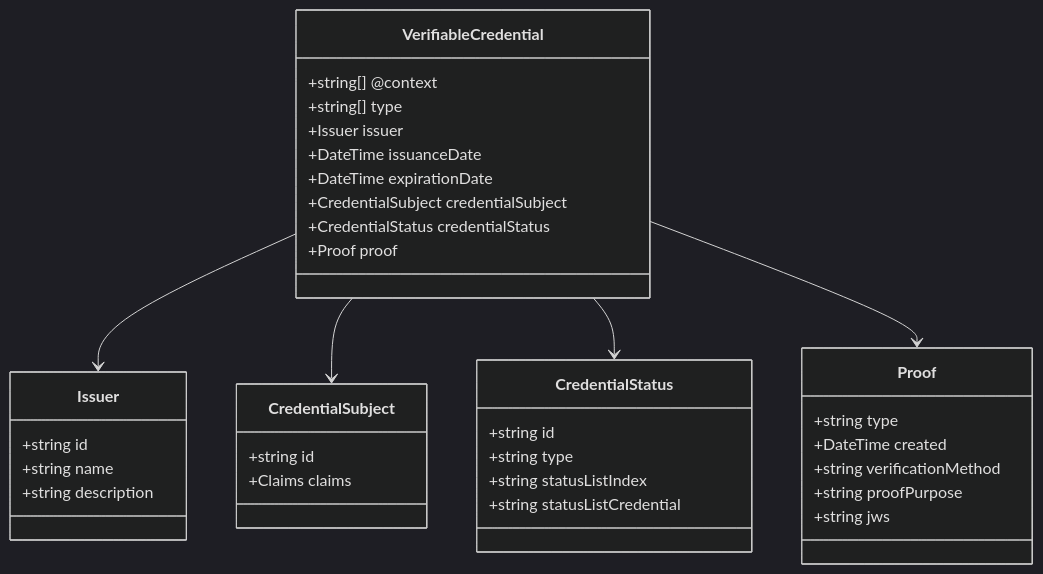
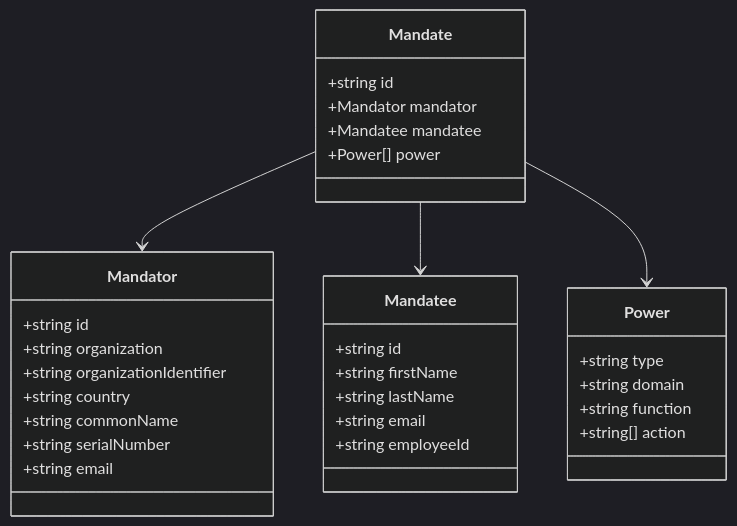
Before and after one commit to in2workspace/eudistack-platform-docs: the second of 4 diagrams in docs/modelo-credenciales/ontologia.md, drawn with Mermaid (dark theme). The commit also changed other lines of this file and 7 other files, not shown here.

````diff
--- a/docs/modelo-credenciales/ontologia.md
+++ b/docs/modelo-credenciales/ontologia.md
@@ -12,44 +131,38 @@
 ```mermaid
 classDiagram
-    class VerifiableCredential {
-        +string[] @context
-        +string[] type
-        +Issuer issuer
-        +DateTime issuanceDate
-        +DateTime expirationDate
-        +CredentialSubject credentialSubject
-        +CredentialStatus credentialStatus
-        +Proof proof
+    class Mandate {
+        +string id
+        +Mandator mandator
+        +Mandatee mandatee
+        +Power[] power
     }
 
-    class Issuer {
+    class Mandator {
         +string id
-        +string name
-        +string description
+        +string organization
+        +string organizationIdentifier
+        +string country
+        +string commonName
+        +string serialNumber
+        +string email
     }
 
-    class CredentialSubject {
+    class Mandatee {
         +string id
-        +Claims claims
+        +string firstName
+        +string lastName
+        +string email
+        +string employeeId
     }
 
-    class CredentialStatus {
-        +string id
+    class Power {
         +string type
-        +string statusListIndex
-        +string statusListCredential
+        +string domain
+        +string function
+        +string[] action
     }
 
-    class Proof {
-        +string type
-        +DateTime created
-        +string verificationMethod
-        +string proofPurpose
-        +string jws
-    }
-
-    VerifiableCredential --> Issuer
-    VerifiableCredential --> CredentialSubject
-    VerifiableCredential --> CredentialStatus
-    VerifiableCredential --> Proof
+    Mandate --> Mandator
+    Mandate --> Mandatee
+    Mandate --> Power
 ```
````
